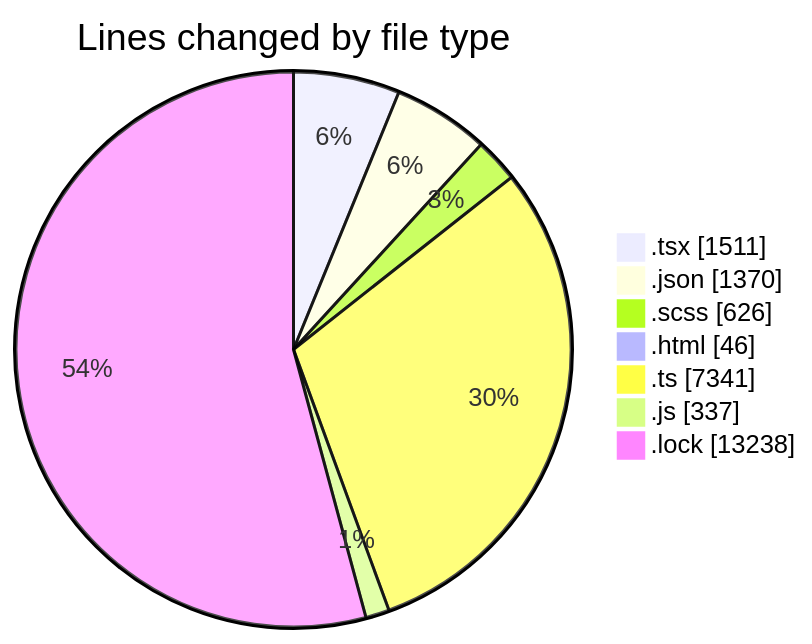
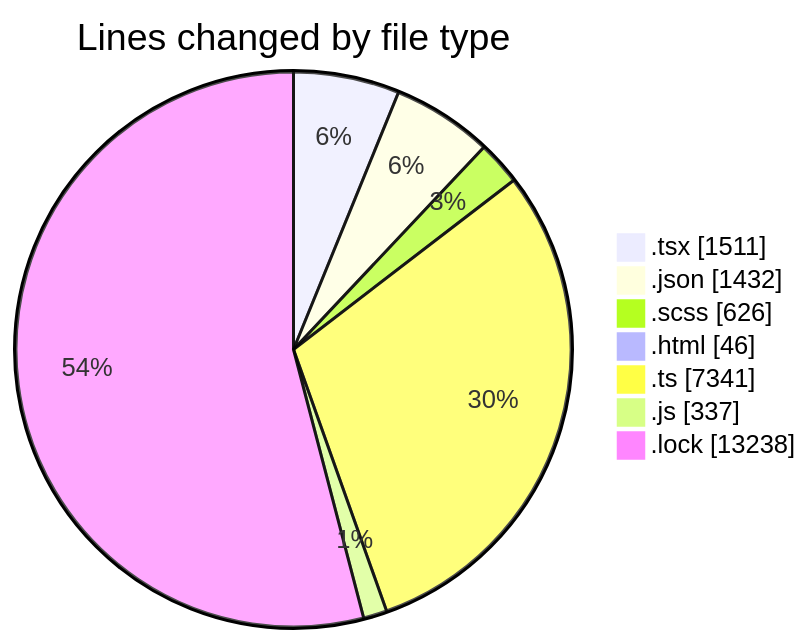
Before and after one commit to momahboobian/code-tracking: the first of 2 diagrams in 2026-04-14/cda/README.md, drawn with Mermaid. The commit also changed other lines of this file and 1 other file, not shown here.

````diff
--- a/2026-04-14/cda/README.md
+++ b/2026-04-14/cda/README.md
@@ -50,11 +50,11 @@
 ```mermaid
 pie showData
 title Lines changed by file type
 ".tsx" : 1511
-".json" : 1370
+".json" : 1432
 ".scss" : 626
 ".html" : 46
 ".ts" : 7341
 ".js" : 337
 ".lock" : 13238
 ```
````
